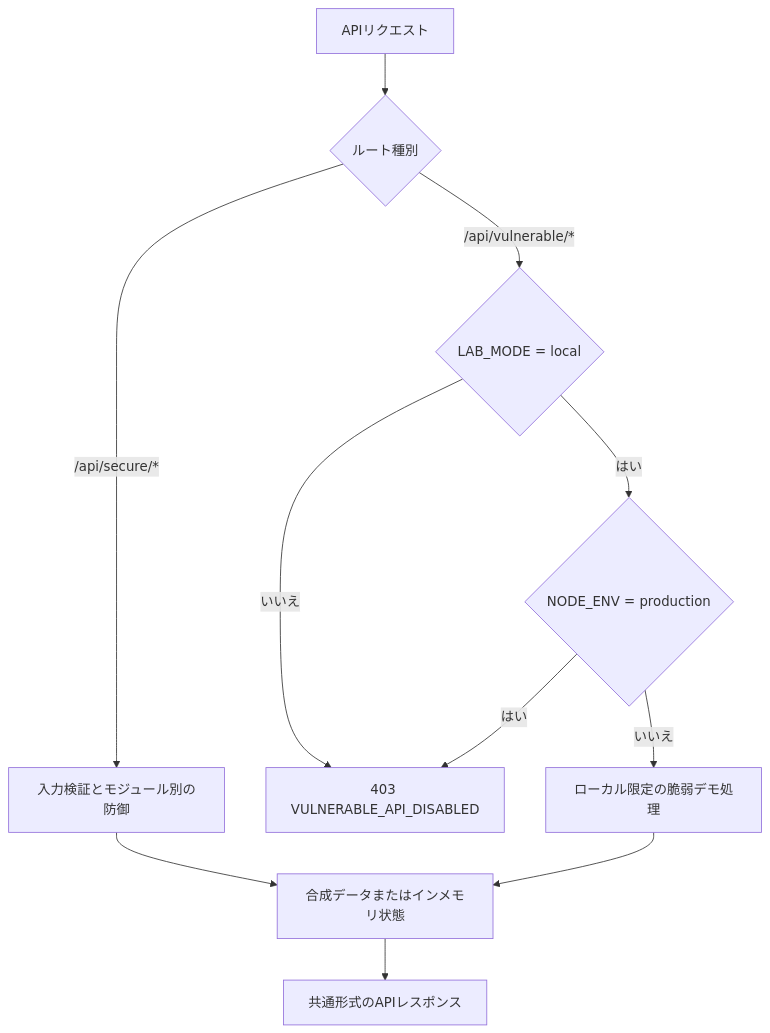
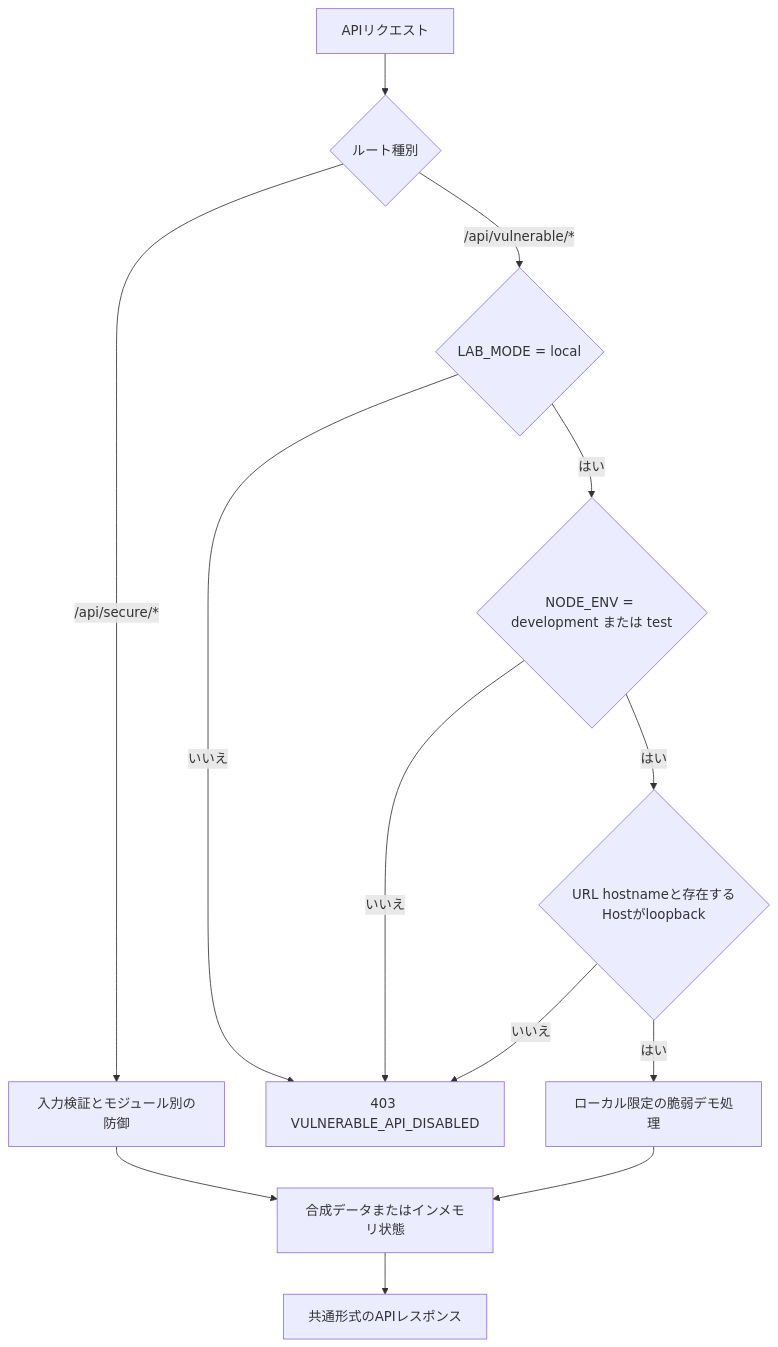
Before and after one commit to kiryu1211/api-security-lab-platform: the fifth of 8 diagrams in docs/design.ja.md, drawn with Mermaid. The commit also changed other lines of this file and 15 other files, not shown here.

````diff
--- a/docs/design.ja.md
+++ b/docs/design.ja.md
@@ -148,14 +156,16 @@
 ```mermaid
 flowchart TD
     Request["APIリクエスト"] --> Route{"ルート種別"}
     Route -- "/api/secure/*" --> SecureChecks["入力検証とモジュール別の防御"]
     SecureChecks --> SyntheticData["合成データまたはインメモリ状態"]
     SyntheticData --> Response["共通形式のAPIレスポンス"]
 
     Route -- "/api/vulnerable/*" --> LocalMode{"LAB_MODE = local"}
     LocalMode -- "いいえ" --> Disabled["403 VULNERABLE_API_DISABLED"]
-    LocalMode -- "はい" --> Production{"NODE_ENV = production"}
-    Production -- "はい" --> Disabled
-    Production -- "いいえ" --> VulnerableDemo["ローカル限定の脆弱デモ処理"]
+    LocalMode -- "はい" --> Runtime{"NODE_ENV = development または test"}
+    Runtime -- "いいえ" --> Disabled
+    Runtime -- "はい" --> Loopback{"URL hostnameと存在するHostがloopback"}
+    Loopback -- "いいえ" --> Disabled
+    Loopback -- "はい" --> VulnerableDemo["ローカル限定の脆弱デモ処理"]
     VulnerableDemo --> SyntheticData
 ```
````
